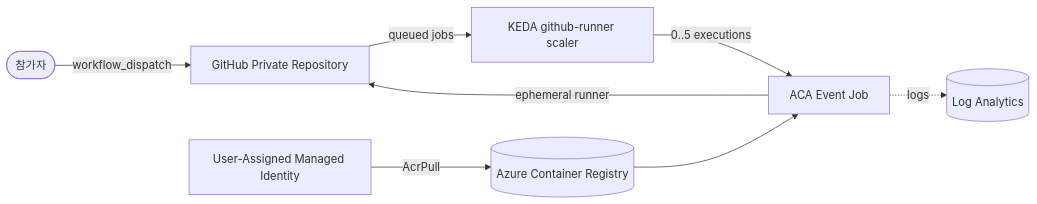
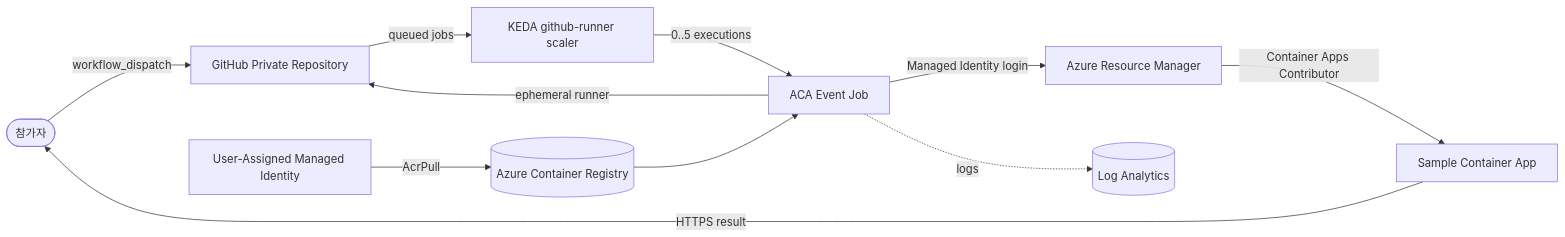
Before and after one commit to freeman9844/aca-github-runner-workshop-private: the diagram in README.md, drawn with Mermaid. The commit also changed other lines of this file and 8 other files, not shown here.

Commit message:
Renumber cleanup module and README flow

````diff
--- a/README.md
+++ b/README.md
@@ -47,10 +47,13 @@
 ```mermaid
 flowchart LR
   user([참가자]) -->|workflow_dispatch| repo[GitHub Private Repository]
   repo -->|queued jobs| keda[KEDA github-runner scaler]
   keda -->|0..5 executions| job[ACA Event Job]
   job -->|ephemeral runner| repo
+  job -->|Managed Identity login| arm[Azure Resource Manager]
+  arm -->|Container Apps Contributor| sample[Sample Container App]
+  sample -->|HTTPS result| user
   acr[(Azure Container Registry)] --> job
   uami[User-Assigned Managed Identity] -->|AcrPull| acr
   job -. logs .-> law[(Log Analytics)]
 ```
````
